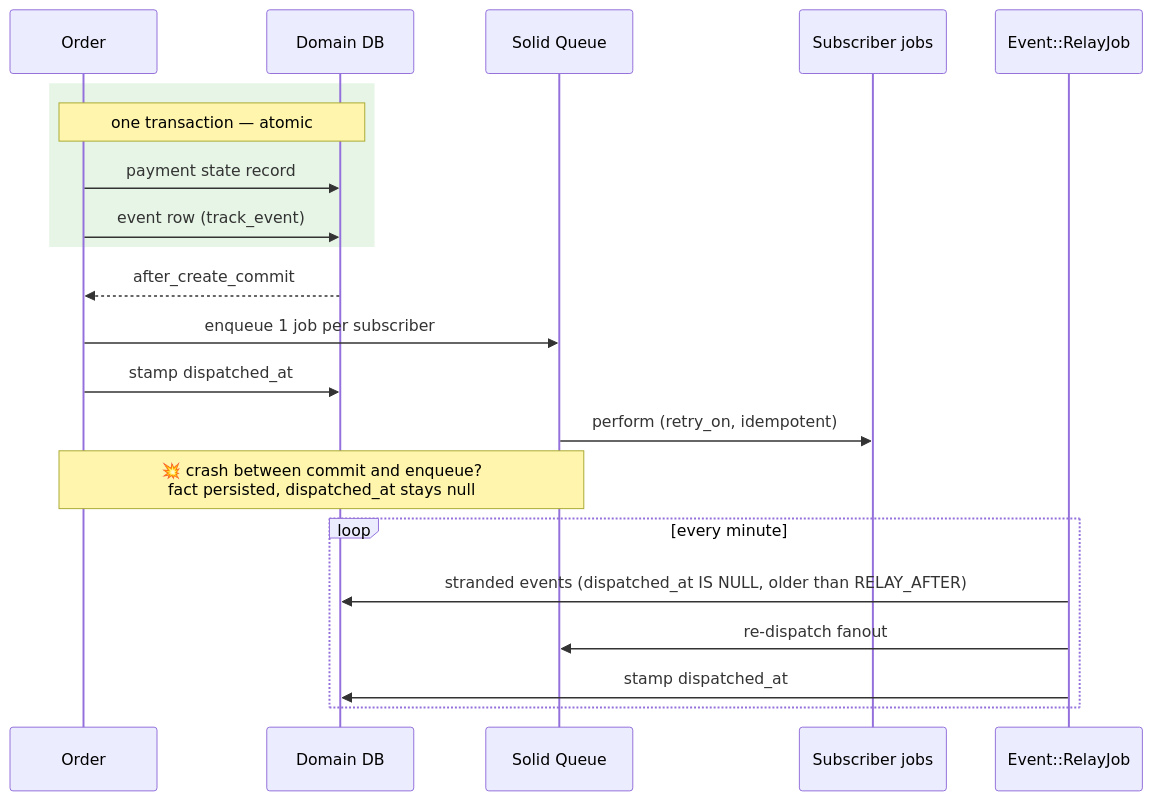
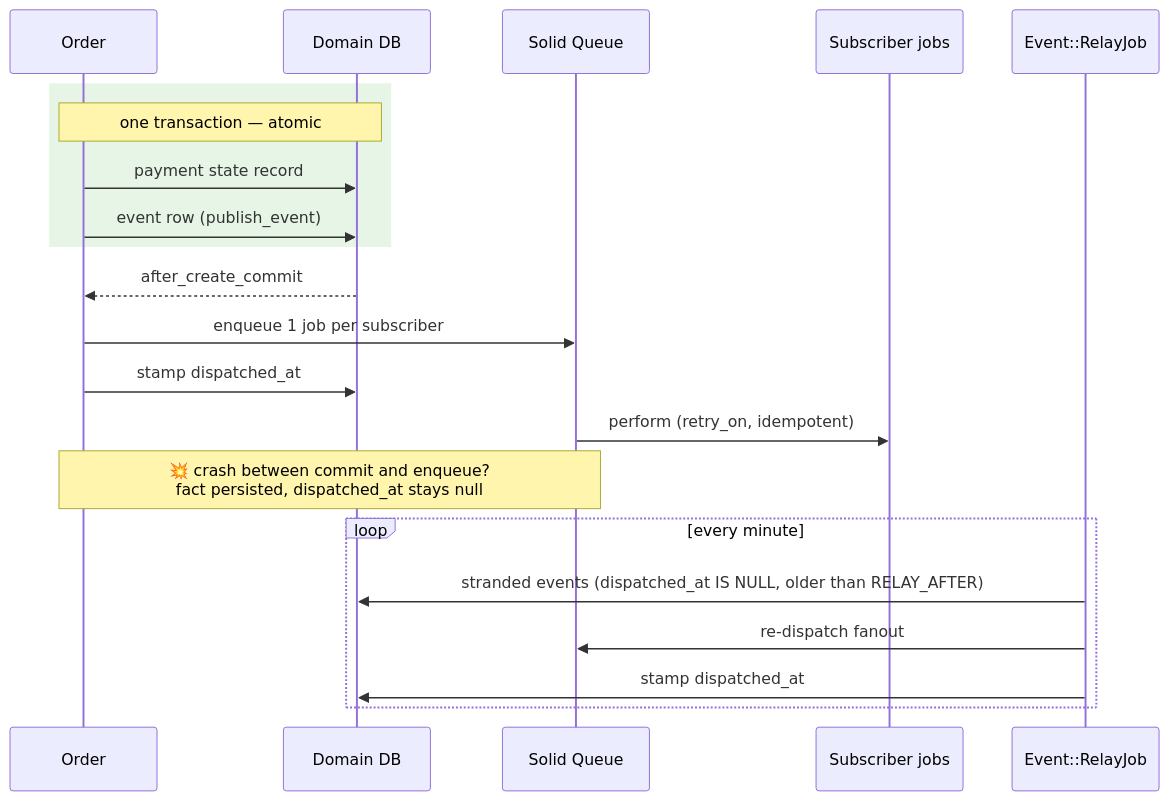
The diagram in README.md (wcalderipe/rails-vanilla-domain-events), drawn with Mermaid before and after one commit. The commit also changed other lines of this file and 5 other files, not shown here.

Commit message:
refactor: rename track_event to publish_event

````diff
--- a/README.md
+++ b/README.md
@@ -58,26 +58,26 @@
 ```mermaid
 sequenceDiagram
   participant O as Order#pay
   participant DB as Domain DB
   participant Q as Solid Queue
   participant S as Subscriber jobs
   participant R as Event::RelayJob
 
   rect rgb(230, 245, 230)
     note over O,DB: one transaction — atomic
     O->>DB: payment state record
-    O->>DB: event row (track_event)
+    O->>DB: event row (publish_event)
   end
 
   DB-->>O: after_create_commit
   O->>Q: enqueue 1 job per subscriber
   O->>DB: stamp dispatched_at
   Q->>S: perform (retry_on, idempotent)
 
   note over O,Q: 💥 crash between commit and enqueue?<br/>fact persisted, dispatched_at stays null
   loop every minute
     R->>DB: stranded events (dispatched_at IS NULL, older than RELAY_AFTER)
     R->>Q: re-dispatch fanout
     R->>DB: stamp dispatched_at
   end
 ```
````
